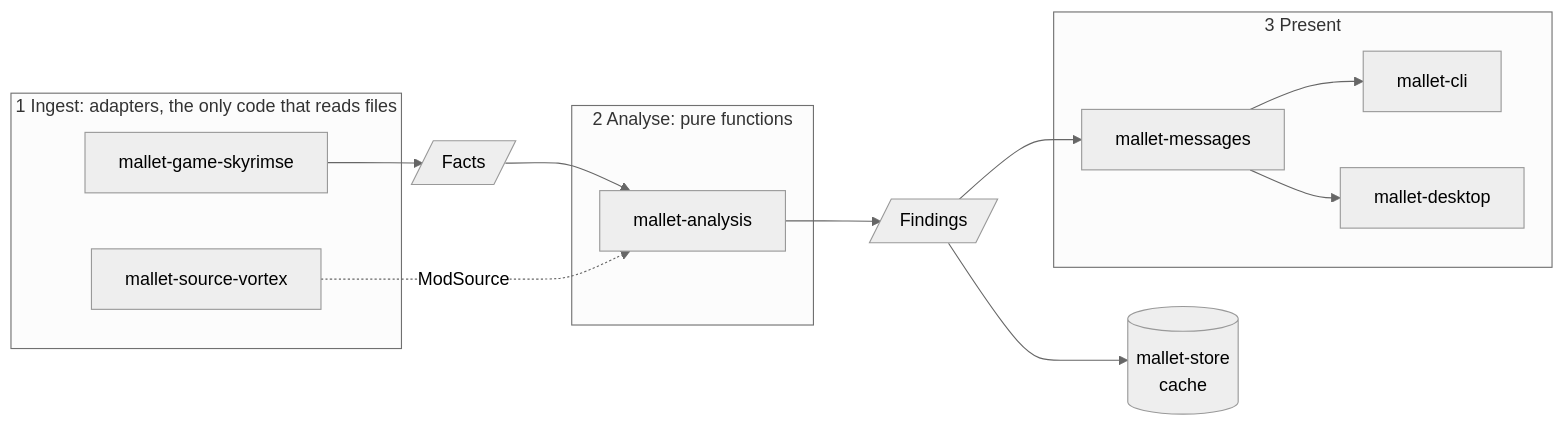
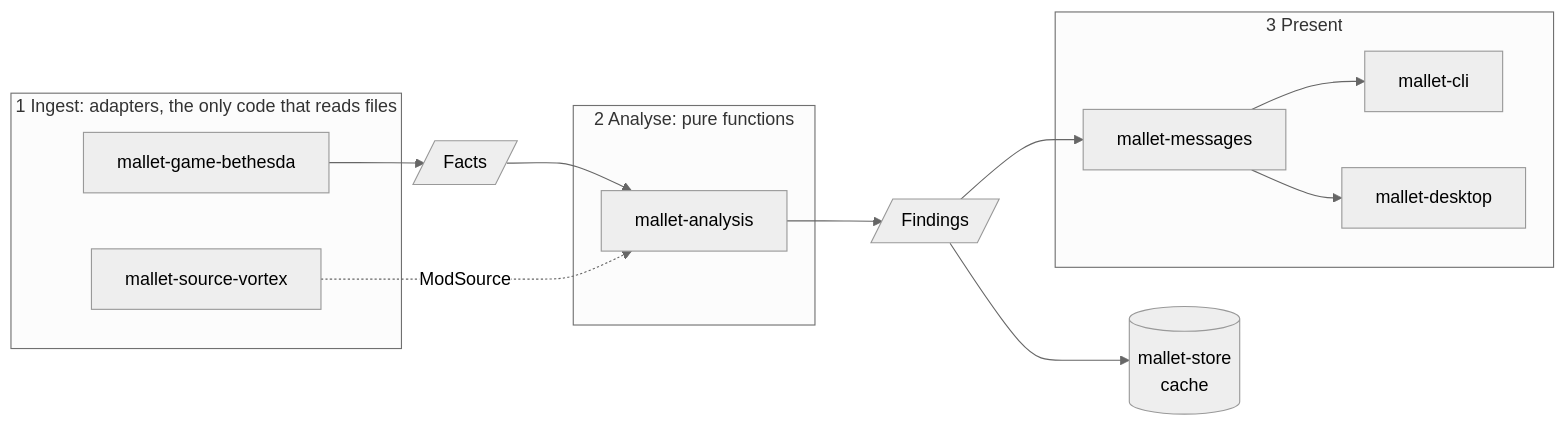
The second of 2 diagrams in docs/src/architecture/overview.md (kayjix/mod-mallet), drawn with Mermaid (neutral theme) before and after one commit. The commit also changed 27 other files, not shown here.

First line of the commit message:
refactor: rename mallet-game-skyrimse to mallet-game-bethesda

````diff
--- a/docs/src/architecture/overview.md
+++ b/docs/src/architecture/overview.md
@@ -44,24 +44,24 @@
 ```mermaid
 flowchart LR
     subgraph ingest [1 Ingest: adapters, the only code that reads files]
-        game[mallet-game-skyrimse]
+        game[mallet-game-bethesda]
         vortex[mallet-source-vortex]
     end
     facts[/Facts/]
     subgraph analyse [2 Analyse: pure functions]
         analysis[mallet-analysis]
     end
     findings[/Findings/]
     subgraph present [3 Present]
         messages[mallet-messages]
         cli[mallet-cli]
         desktop[mallet-desktop]
     end
     store[(mallet-store<br/>cache)]
 
     game --> facts --> analysis --> findings --> messages
     vortex -. ModSource .-> analysis
     messages --> cli
     messages --> desktop
     findings --> store
 ```
````
